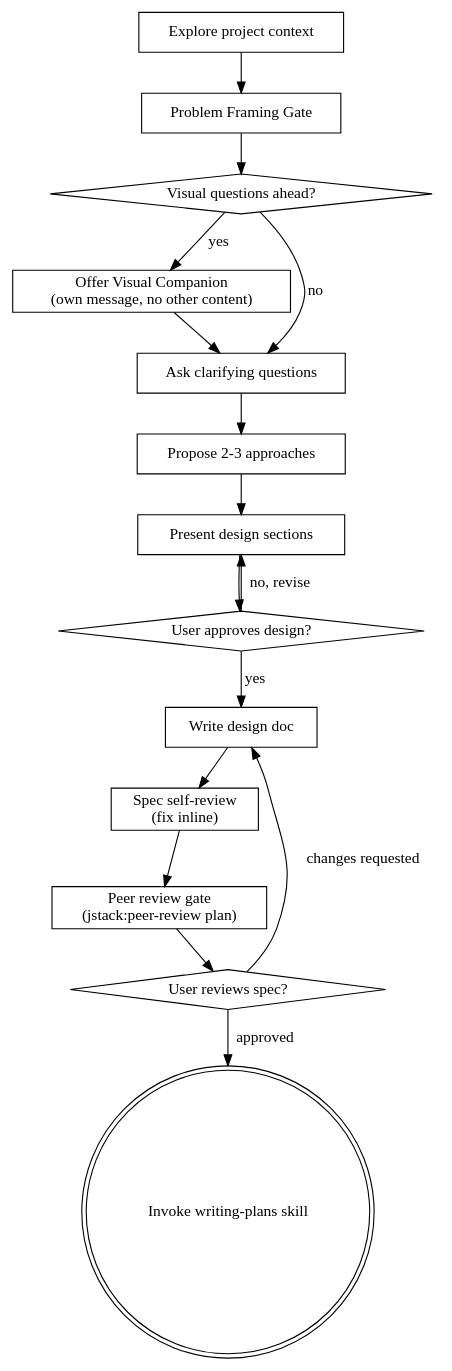
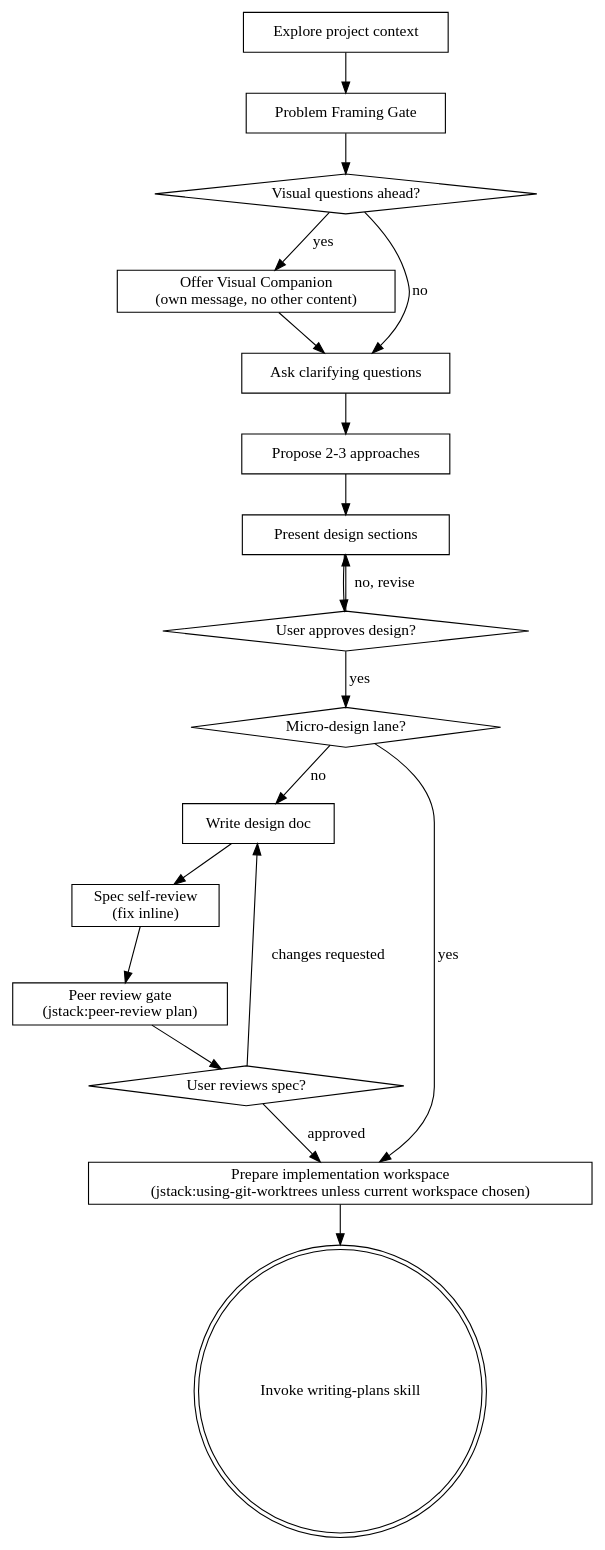
One commit to jungsooyun/jstack changed the diagram in skills/brainstorming/SKILL.md. Above: the diagram before and after it, drawn with Graphviz. The commit also changed other lines of this file and 5 other files, not shown here.

````diff
--- a/skills/brainstorming/SKILL.md
+++ b/skills/brainstorming/SKILL.md
@@ -38,33 +54,38 @@
 ```dot
 digraph brainstorming {
     "Explore project context" [shape=box];
     "Problem Framing Gate" [shape=box];
     "Visual questions ahead?" [shape=diamond];
     "Offer Visual Companion\n(own message, no other content)" [shape=box];
     "Ask clarifying questions" [shape=box];
     "Propose 2-3 approaches" [shape=box];
     "Present design sections" [shape=box];
     "User approves design?" [shape=diamond];
+    "Micro-design lane?" [shape=diamond];
     "Write design doc" [shape=box];
     "Spec self-review\n(fix inline)" [shape=box];
     "Peer review gate\n(jstack:peer-review plan)" [shape=box];
     "User reviews spec?" [shape=diamond];
+    "Prepare implementation workspace\n(jstack:using-git-worktrees unless current workspace chosen)" [shape=box];
     "Invoke writing-plans skill" [shape=doublecircle];
 
     "Explore project context" -> "Problem Framing Gate";
     "Problem Framing Gate" -> "Visual questions ahead?";
     "Visual questions ahead?" -> "Offer Visual Companion\n(own message, no other content)" [label="yes"];
     "Visual questions ahead?" -> "Ask clarifying questions" [label="no"];
     "Offer Visual Companion\n(own message, no other content)" -> "Ask clarifying questions";
     "Ask clarifying questions" -> "Propose 2-3 approaches";
     "Propose 2-3 approaches" -> "Present design sections";
     "Present design sections" -> "User approves design?";
     "User approves design?" -> "Present design sections" [label="no, revise"];
-    "User approves design?" -> "Write design doc" [label="yes"];
+    "User approves design?" -> "Micro-design lane?" [label="yes"];
+    "Micro-design lane?" -> "Prepare implementation workspace\n(jstack:using-git-worktrees unless current workspace chosen)" [label="yes"];
+    "Micro-design lane?" -> "Write design doc" [label="no"];
     "Write design doc" -> "Spec self-review\n(fix inline)";
     "Spec self-review\n(fix inline)" -> "Peer review gate\n(jstack:peer-review plan)";
     "Peer review gate\n(jstack:peer-review plan)" -> "User reviews spec?";
     "User reviews spec?" -> "Write design doc" [label="changes requested"];
-    "User reviews spec?" -> "Invoke writing-plans skill" [label="approved"];
+    "User reviews spec?" -> "Prepare implementation workspace\n(jstack:using-git-worktrees unless current workspace chosen)" [label="approved"];
+    "Prepare implementation workspace\n(jstack:using-git-worktrees unless current workspace chosen)" -> "Invoke writing-plans skill";
 }
 ```
````
